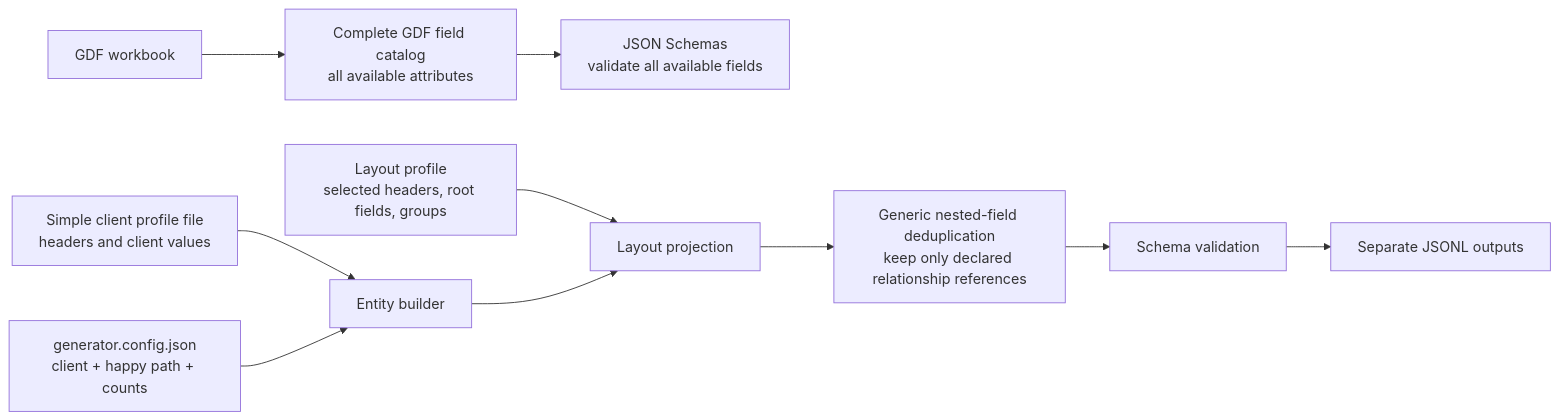
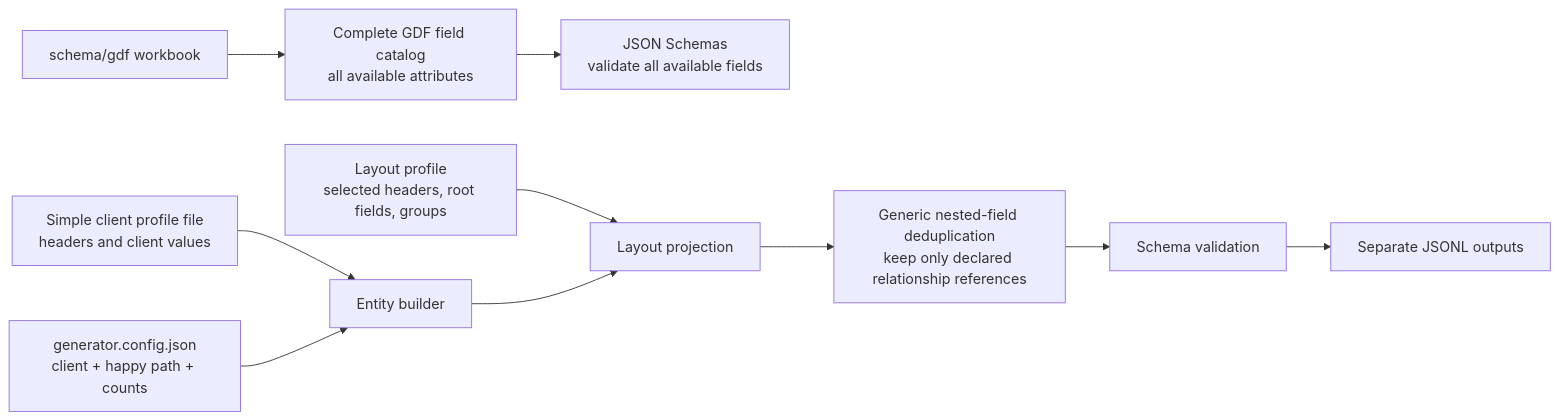
One commit to gaganpandey58/test-data-generator changed the diagram in README.md. Above: the diagram before and after it, drawn with Mermaid. The commit also changed other lines of this file and 42 other files, not shown here.

````diff
--- a/README.md
+++ b/README.md
@@ -22,12 +22,12 @@
 ```mermaid
 flowchart LR
-    A["GDF workbook"] --> B["Complete GDF field catalog<br/>all available attributes"]
+    A["schema/gdf workbook"] --> B["Complete GDF field catalog<br/>all available attributes"]
     B --> C["JSON Schemas<br/>validate all available fields"]
     D["Simple client profile file<br/>headers and client values"] --> F["Entity builder"]
     E["Layout profile<br/>selected headers, root fields, groups"] --> G["Layout projection"]
     F --> G
     G --> H["Generic nested-field deduplication<br/>keep only declared relationship references"]
     H --> I["Schema validation"]
     I --> J["Separate JSONL outputs"]
     K["generator.config.json<br/>client + happy path + counts"] --> F
 ```
````
